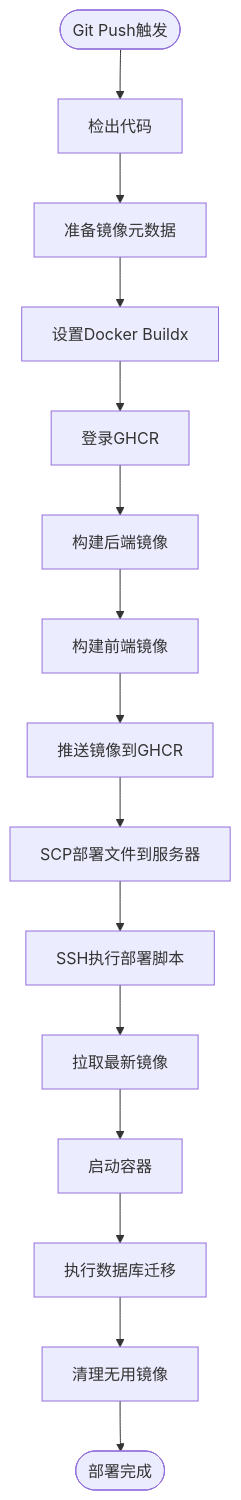
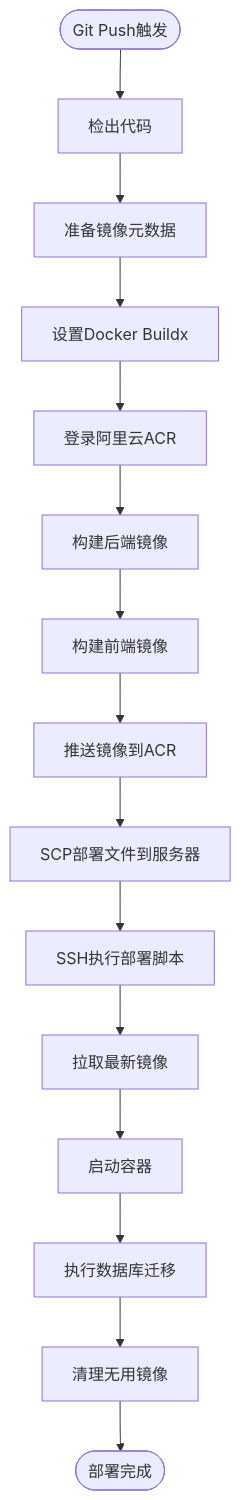
One commit to breeze-lyf/ai-stock-advisor changed the fifth of 6 diagrams in .qoder/repowiki/zh/content/部署与运维/生产环境部署.md. Above: the diagram before and after it, drawn with Mermaid. The commit also changed other lines of this file and 3 other files, not shown here.

````diff
--- a/.qoder/repowiki/zh/content/部署与运维/生产环境部署.md
+++ b/.qoder/repowiki/zh/content/部署与运维/生产环境部署.md
@@ -340,17 +341,17 @@
 ```mermaid
 flowchart TD
 Start(["Git Push触发"]) --> Checkout["检出代码"]
 Checkout --> BuildMeta["准备镜像元数据"]
 BuildMeta --> SetupBuildx["设置Docker Buildx"]
-SetupBuildx --> LoginGHCR["登录GHCR"]
-LoginGHCR --> BuildBackend["构建后端镜像"]
+SetupBuildx --> LoginACR["登录阿里云ACR"]
+LoginACR --> BuildBackend["构建后端镜像"]
 BuildBackend --> BuildFrontend["构建前端镜像"]
-BuildFrontend --> PushImages["推送镜像到GHCR"]
+BuildFrontend --> PushImages["推送镜像到ACR"]
 PushImages --> SCPFiles["SCP部署文件到服务器"]
 SCPFiles --> SSHDeploy["SSH执行部署脚本"]
 SSHDeploy --> PullImages["拉取最新镜像"]
 PullImages --> StartContainers["启动容器"]
 StartContainers --> RunMigrations["执行数据库迁移"]
 RunMigrations --> PruneImages["清理无用镜像"]
 PruneImages --> Finish(["部署完成"])
 ```
````
